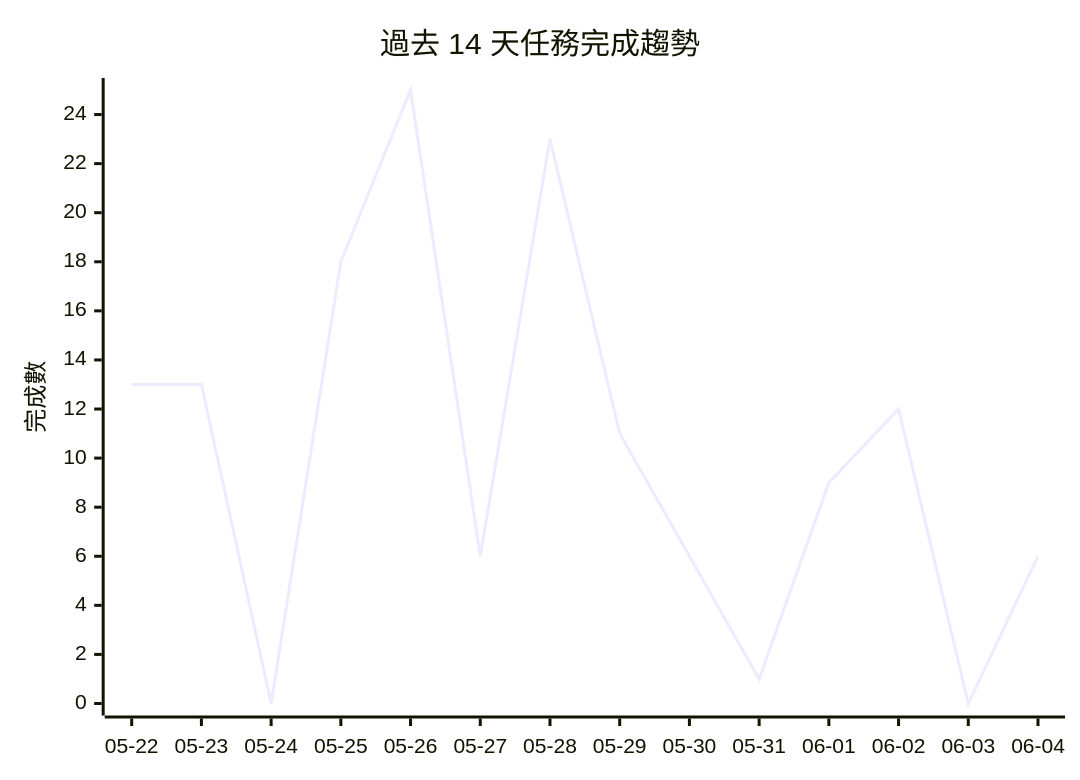
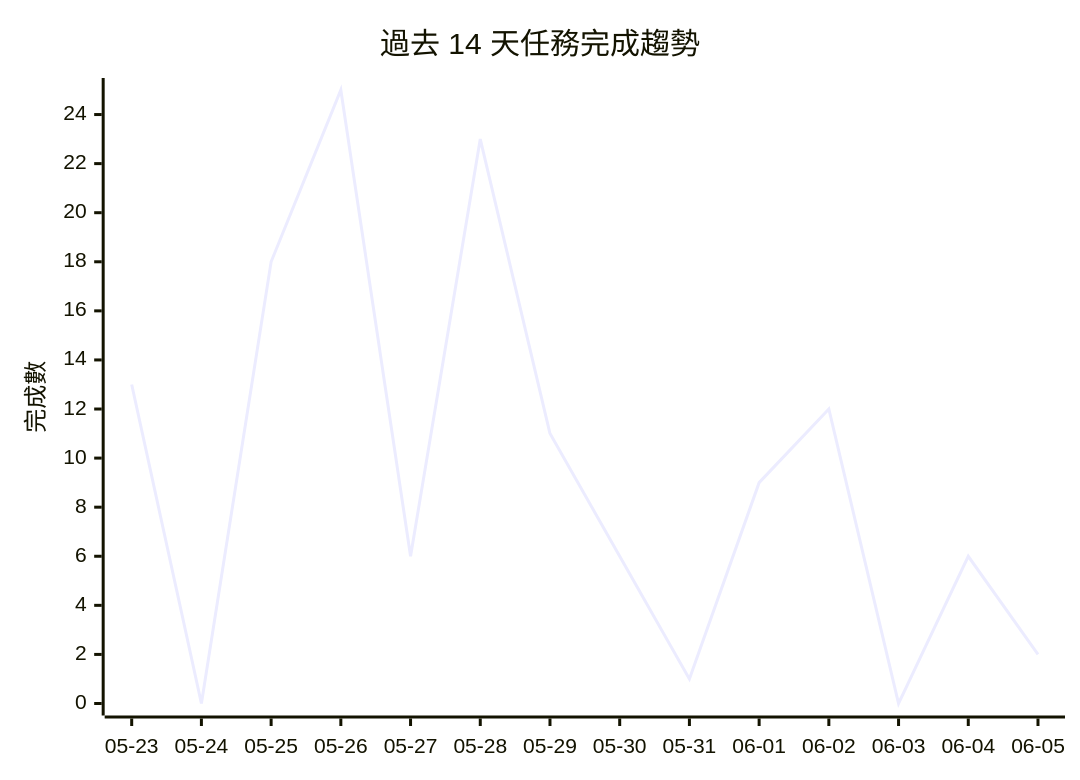
Before and after one commit to openclawchen8-lgtm/openclawchen8-lgtm: the diagram in README.md, drawn with Mermaid. The commit also changed other lines of this file, not shown here.

````diff
--- a/README.md
+++ b/README.md
@@ -163,7 +159,7 @@
 ```mermaid
 xychart-beta
     title "過去 14 天任務完成趨勢"
-    x-axis ["05-22", "05-23", "05-24", "05-25", "05-26", "05-27", "05-28", "05-29", "05-30", "05-31", "06-01", "06-02", "06-03", "06-04"]
+    x-axis ["05-23", "05-24", "05-25", "05-26", "05-27", "05-28", "05-29", "05-30", "05-31", "06-01", "06-02", "06-03", "06-04", "06-05"]
     y-axis "完成數" 0 --> 25
-    line [13, 13, 0, 18, 25, 6, 23, 11, 6, 1, 9, 12, 0, 6]
+    line [13, 0, 18, 25, 6, 23, 11, 6, 1, 9, 12, 0, 6, 2]
 ```
````
